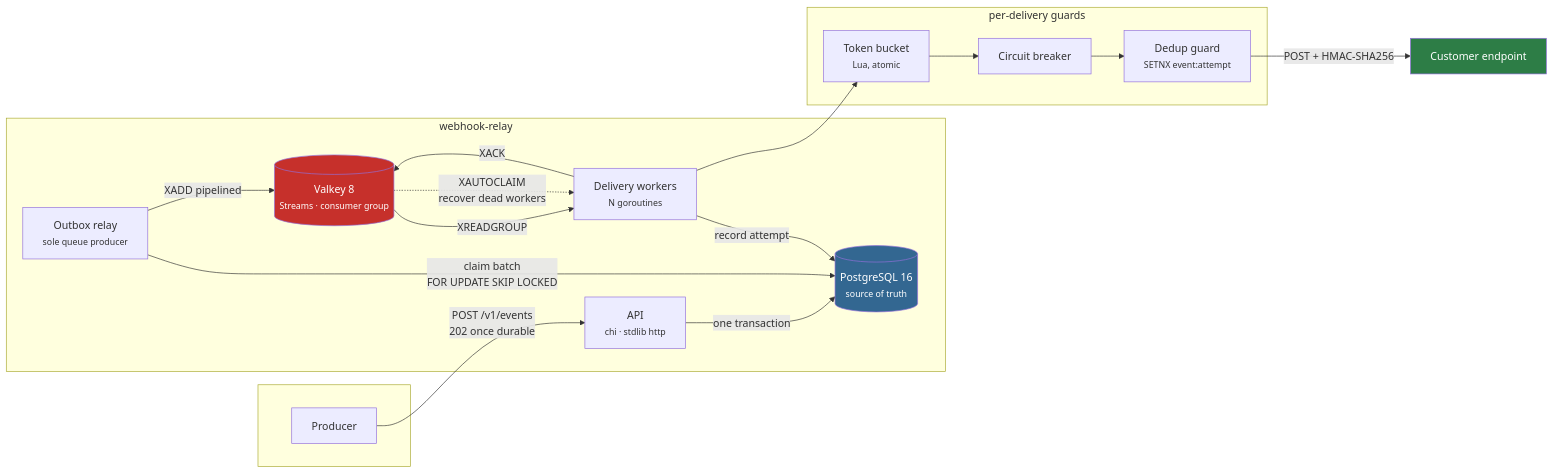
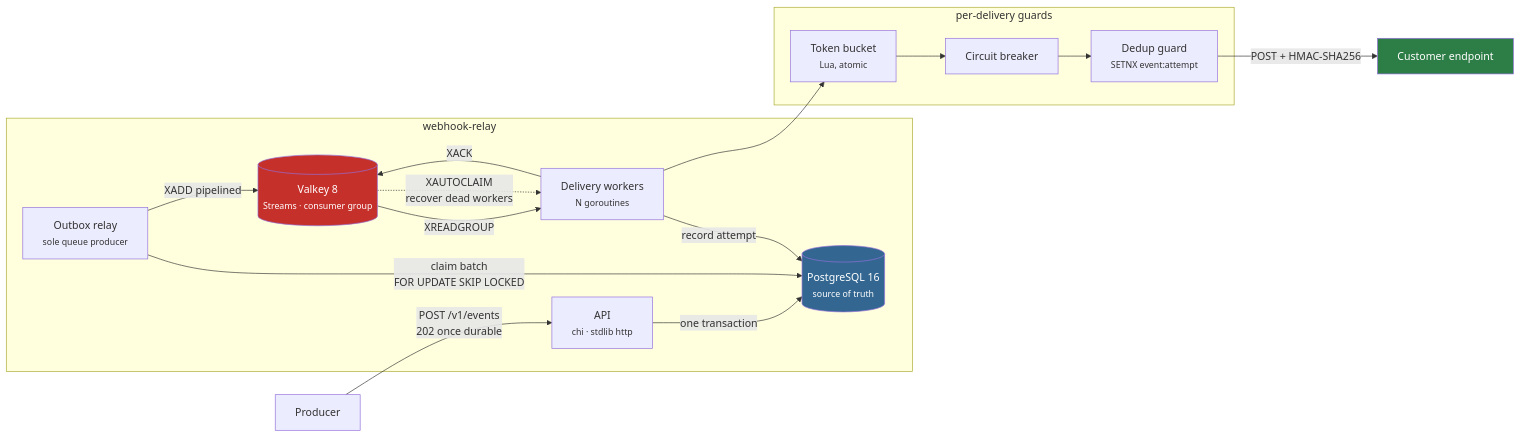
The diagram in README.md (singha105/webhook-relay), drawn with Mermaid before and after one commit.

Commit message:
docs(readme): drop the empty subgraph from the architecture diagram
Validated the diagram against mermaid-cli 11, the same major version GitHub
renders with, rather than trusting that it looked right in the source. It
parses as flowchart-v2 and the <small> subtitles render, but the empty
subgraph wrapping Producer drew a pointless box around a single node.

````diff
--- a/README.md
+++ b/README.md
@@ -70,37 +70,35 @@
 ```mermaid
 flowchart LR
-    subgraph client[" "]
-        P[Producer]
-    end
+    P[Producer]
 
     subgraph relay["webhook-relay"]
         API["API<br/><small>chi · stdlib http</small>"]
         PG[("PostgreSQL 16<br/><small>source of truth</small>")]
         R["Outbox relay<br/><small>sole queue producer</small>"]
         VK[("Valkey 8<br/><small>Streams · consumer group</small>")]
         W["Delivery workers<br/><small>N goroutines</small>"]
     end
 
     subgraph guards["per-delivery guards"]
         RL["Token bucket<br/><small>Lua, atomic</small>"]
         CB["Circuit breaker"]
         DD["Dedup guard<br/><small>SETNX event:attempt</small>"]
     end
 
     EP["Customer endpoint"]
 
     P -->|"POST /v1/events<br/>202 once durable"| API
     API -->|"one transaction"| PG
     R -->|"claim batch<br/>FOR UPDATE SKIP LOCKED"| PG
     R -->|"XADD pipelined"| VK
     VK -->|"XREADGROUP"| W
     W --> RL --> CB --> DD
     DD -->|"POST + HMAC-SHA256"| EP
     W -->|"record attempt"| PG
     W -->|"XACK"| VK
     VK -.->|"XAUTOCLAIM<br/>recover dead workers"| W
 
     style PG fill:#336791,color:#fff
     style VK fill:#c6302b,color:#fff
     style EP fill:#2d7d46,color:#fff
 ```
````
